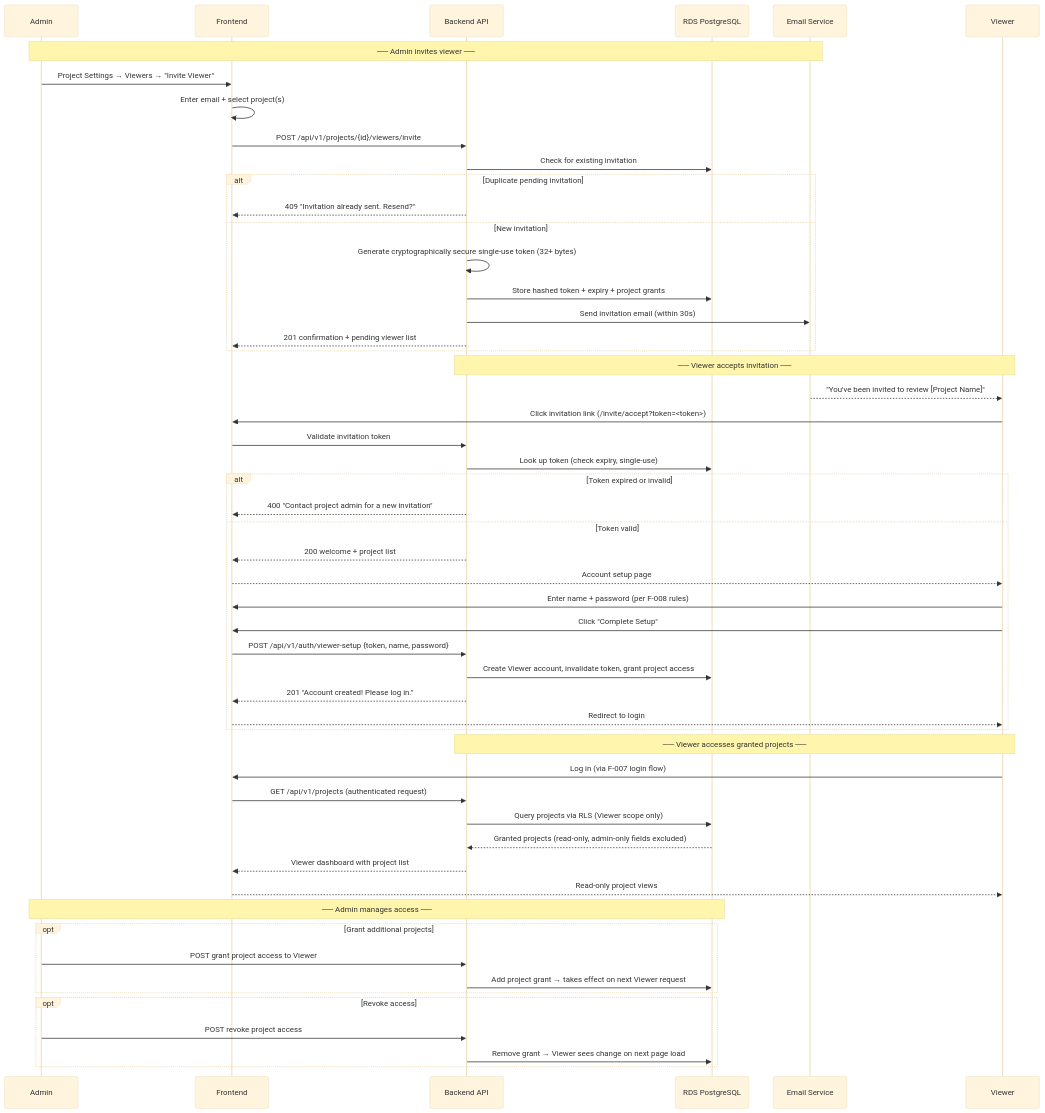
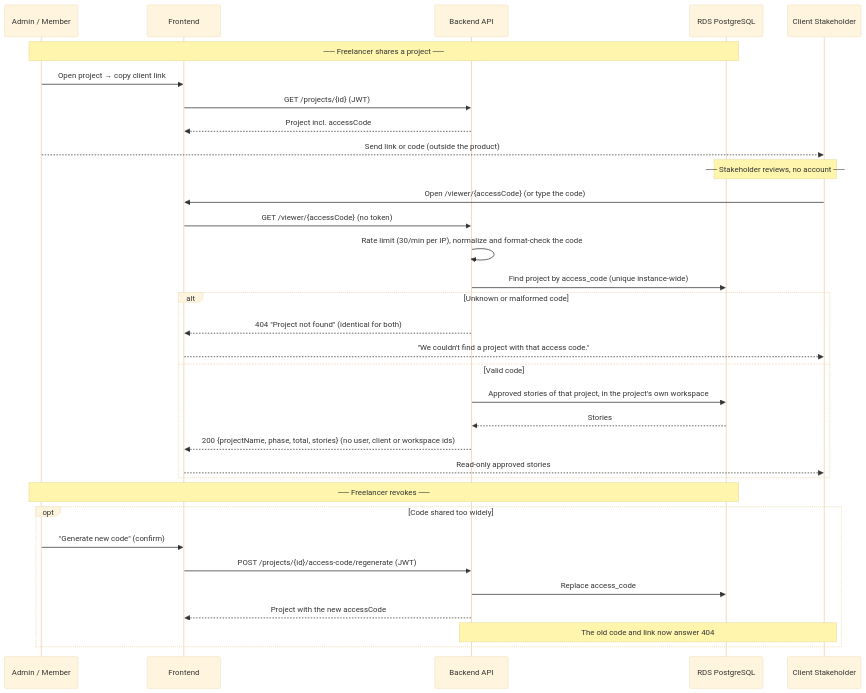
One commit to alonsovndev/open-projects-hub-docs changed the tenth of 13 diagrams in docs/03-architecture/diagrams/sequence-diagrams.md. Above: the diagram before and after it, drawn with Mermaid (base theme). The commit also changed other lines of this file and 33 other files, not shown here.

First line of the commit message:
docs: Replace viewer accounts with client review access codes

````diff
--- a/docs/03-architecture/diagrams/sequence-diagrams.md
+++ b/docs/03-architecture/diagrams/sequence-diagrams.md
@@ -324,59 +324,38 @@
 ```mermaid
 sequenceDiagram
-    participant Admin
+    participant Freelancer as Admin / Member
     participant FE as Frontend
     participant BE as Backend API
     participant DB as RDS PostgreSQL
-    participant Email as Email Service
-    participant Viewer
+    participant Stakeholder as Client Stakeholder
 
-    Note over Admin,Email: ── Admin invites viewer ──
-    Admin->>FE: Project Settings → Viewers → "Invite Viewer"
-    FE->>FE: Enter email + select project(s)
-    FE->>BE: POST /api/v1/projects/{id}/viewers/invite
-    BE->>DB: Check for existing invitation
-    alt Duplicate pending invitation
-        BE-->>FE: 409 "Invitation already sent. Resend?"
-    else New invitation
-        BE->>BE: Generate cryptographically secure single-use token (32+ bytes)
-        BE->>DB: Store hashed token + expiry + project grants
-        BE->>Email: Send invitation email (within 30s)
-        BE-->>FE: 201 confirmation + pending viewer list
+    Note over Freelancer,DB: ── Freelancer shares a project ──
+    Freelancer->>FE: Open project → copy client link
+    FE->>BE: GET /projects/{id} (JWT)
+    BE-->>FE: Project incl. accessCode
+    Freelancer-->>Stakeholder: Send link or code (outside the product)
+
+    Note over Stakeholder,DB: ── Stakeholder reviews, no account ──
+    Stakeholder->>FE: Open /viewer/{accessCode} (or type the code)
+    FE->>BE: GET /viewer/{accessCode} (no token)
+    BE->>BE: Rate limit (30/min per IP), normalize and format-check the code
+    BE->>DB: Find project by access_code (unique instance-wide)
+    alt Unknown or malformed code
+        BE-->>FE: 404 "Project not found" (identical for both)
+        FE-->>Stakeholder: "We couldn't find a project with that access code."
+    else Valid code
+        BE->>DB: Approved stories of that project, in the project's own workspace
+        DB-->>BE: Stories
+        BE-->>FE: 200 {projectName, phase, total, stories} (no user, client or workspace ids)
+        FE-->>Stakeholder: Read-only approved stories
     end
 
-    Note over Viewer,BE: ── Viewer accepts invitation ──
-    Email-->>Viewer: "You've been invited to review [Project Name]"
-    Viewer->>FE: Click invitation link (/invite/accept?token=<token>)
-    FE->>BE: Validate invitation token
-    BE->>DB: Look up token (check expiry, single-use)
-    alt Token expired or invalid
-        BE-->>FE: 400 "Contact project admin for a new invitation"
-    else Token valid
-        BE-->>FE: 200 welcome + project list
-        FE-->>Viewer: Account setup page
-        Viewer->>FE: Enter name + password (per F-008 rules)
-        Viewer->>FE: Click "Complete Setup"
-        FE->>BE: POST /api/v1/auth/viewer-setup {token, name, password}
-        BE->>DB: Create Viewer account, invalidate token, grant project access
-        BE-->>FE: 201 "Account created! Please log in."
-        FE-->>Viewer: Redirect to login
-    end
-
-    Note over Viewer,BE: ── Viewer accesses granted projects ──
-    Viewer->>FE: Log in (via F-007 login flow)
-    FE->>BE: GET /api/v1/projects (authenticated request)
-    BE->>DB: Query projects via RLS (Viewer scope only)
-    DB-->>BE: Granted projects (read-only, admin-only fields excluded)
-    BE-->>FE: Viewer dashboard with project list
-    FE-->>Viewer: Read-only project views
-
-    Note over Admin,DB: ── Admin manages access ──
-    opt Grant additional projects
-        Admin->>BE: POST grant project access to Viewer
-        BE->>DB: Add project grant → takes effect on next Viewer request
-    end
-    opt Revoke access
-        Admin->>BE: POST revoke project access
-        BE->>DB: Remove grant → Viewer sees change on next page load
+    Note over Freelancer,DB: ── Freelancer revokes ──
+    opt Code shared too widely
+        Freelancer->>FE: "Generate new code" (confirm)
+        FE->>BE: POST /projects/{id}/access-code/regenerate (JWT)
+        BE->>DB: Replace access_code
+        BE-->>FE: Project with the new accessCode
+        Note over Stakeholder,BE: The old code and link now answer 404
     end
 ```
````
